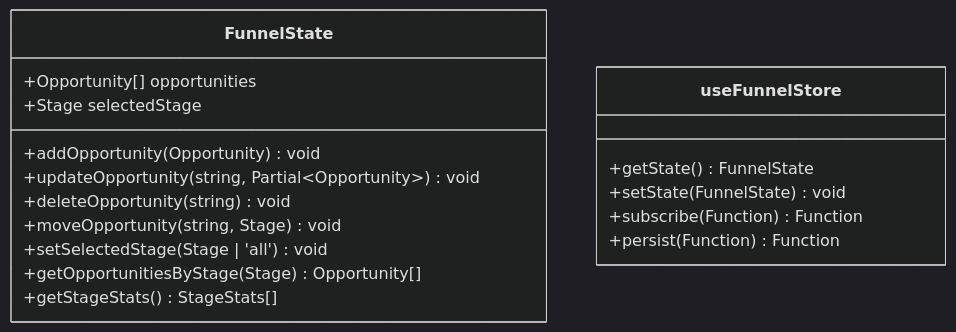
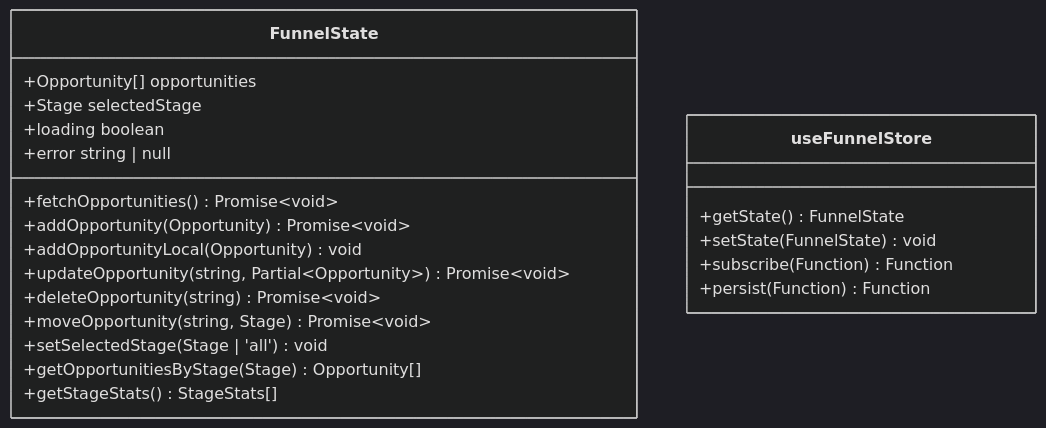
The second of 5 diagrams in .qoder/repowiki/zh/content/核心组件/销售漏斗组件 (SalesFunnel).md (xianjianshenqu/SalesFlow-CRM), drawn with Mermaid (dark theme) before and after one commit. The commit also changed other lines of this file and 28 other files, not shown here.

````diff
--- a/.qoder/repowiki/zh/content/核心组件/销售漏斗组件 (SalesFunnel).md
+++ b/.qoder/repowiki/zh/content/核心组件/销售漏斗组件 (SalesFunnel).md
@@ -108,20 +113,24 @@
 ```mermaid
 classDiagram
 class FunnelState {
 +Opportunity[] opportunities
 +Stage selectedStage
-+addOpportunity(Opportunity) void
-+updateOpportunity(string, Partial~Opportunity~) void
-+deleteOpportunity(string) void
-+moveOpportunity(string, Stage) void
++loading boolean
++error string | null
++fetchOpportunities() Promise~void~
++addOpportunity(Opportunity) Promise~void~
++addOpportunityLocal(Opportunity) void
++updateOpportunity(string, Partial~Opportunity~) Promise~void~
++deleteOpportunity(string) Promise~void~
++moveOpportunity(string, Stage) Promise~void~
 +setSelectedStage(Stage | 'all') void
 +getOpportunitiesByStage(Stage) Opportunity[]
 +getStageStats() StageStats[]
 }
 class useFunnelStore {
 +getState() FunnelState
 +setState(FunnelState) void
 +subscribe(Function) Function
 +persist(Function) Function
 }
 ```
````
